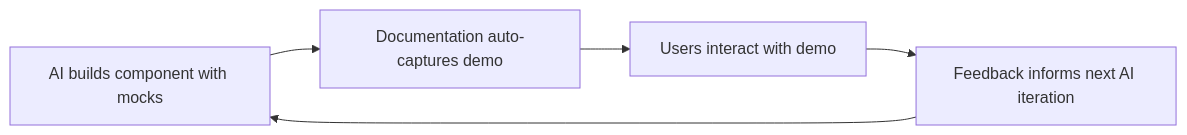
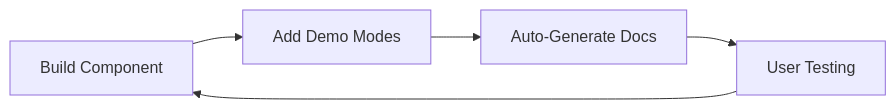
The diagram in docs/development/demo-based-documentation-gui-development.md (boost-edu-tools/gitinspectorgui), drawn with Mermaid before and after one commit. The commit also changed other lines of this file and 11 other files, not shown here.

````diff
--- a/docs/development/demo-based-documentation-gui-development.md
+++ b/docs/development/demo-based-documentation-gui-development.md
@@ -57,7 +59,7 @@
 ```mermaid
 graph LR
-    A[AI builds component with mocks] --> B[Documentation auto-captures demo]
-    B --> C[Users interact with demo]
-    C --> D[Feedback informs next AI iteration]
+    A[Build Component] --> B[Add Demo Modes]
+    B --> C[Auto-Generate Docs]
+    C --> D[User Testing]
     D --> A
 ```
````
